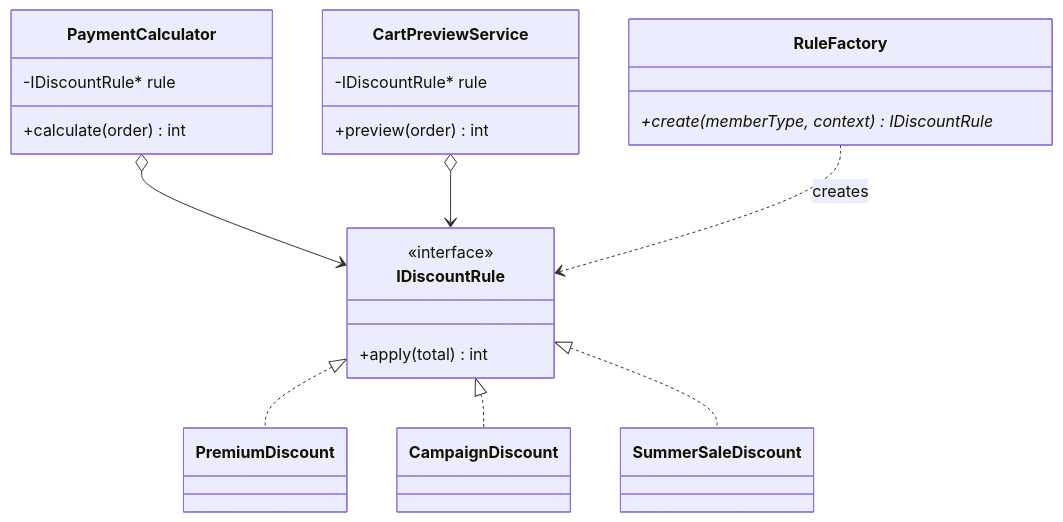
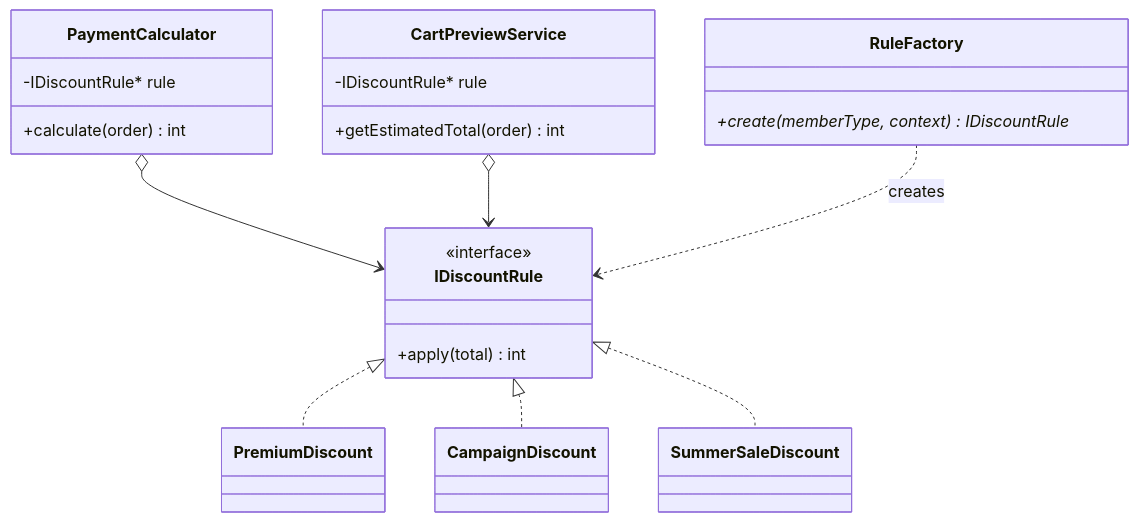
One commit to kumachan1101-pixel/DesignPattern changed the fifth of 9 diagrams in kindle/design-patterns/output/chapter01.md. Above: the diagram before and after it, drawn with Mermaid. The commit also changed other lines of this file and 1 other file, not shown here.

````diff
--- a/kindle/design-patterns/output/chapter01.md
+++ b/kindle/design-patterns/output/chapter01.md
@@ -1663,27 +1698,27 @@
 ```mermaid
 classDiagram
     class PaymentCalculator {
         -IDiscountRule* rule
         +calculate(order) int
     }
     class CartPreviewService {
         -IDiscountRule* rule
-        +preview(order) int
+        +getEstimatedTotal(order) int
     }
     class IDiscountRule {
         <<interface>>
         +apply(total) int
     }
     class PremiumDiscount
     class CampaignDiscount
     class SummerSaleDiscount
     class RuleFactory {
         +create(memberType, context) IDiscountRule*
     }
     PaymentCalculator o--> IDiscountRule
     CartPreviewService o--> IDiscountRule
     IDiscountRule <|.. PremiumDiscount
     IDiscountRule <|.. CampaignDiscount
     IDiscountRule <|.. SummerSaleDiscount
     RuleFactory ..> IDiscountRule : creates
 ```
````
